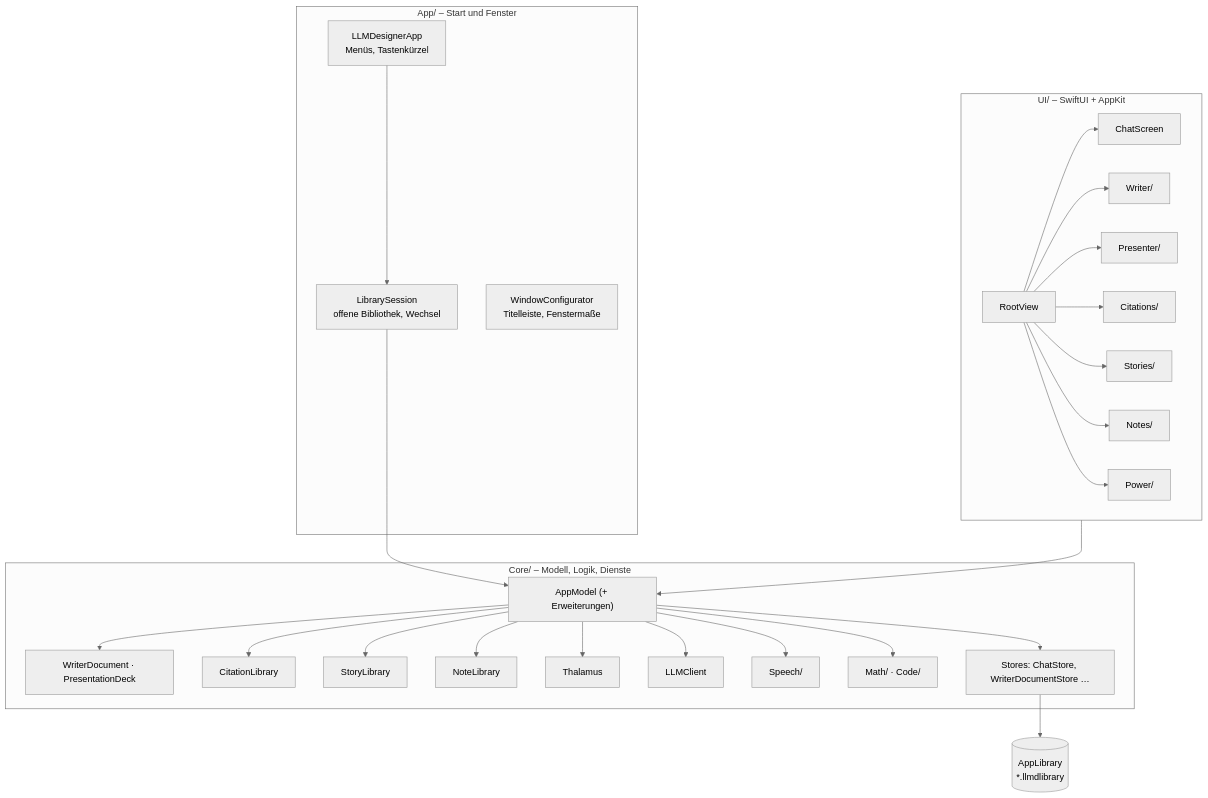
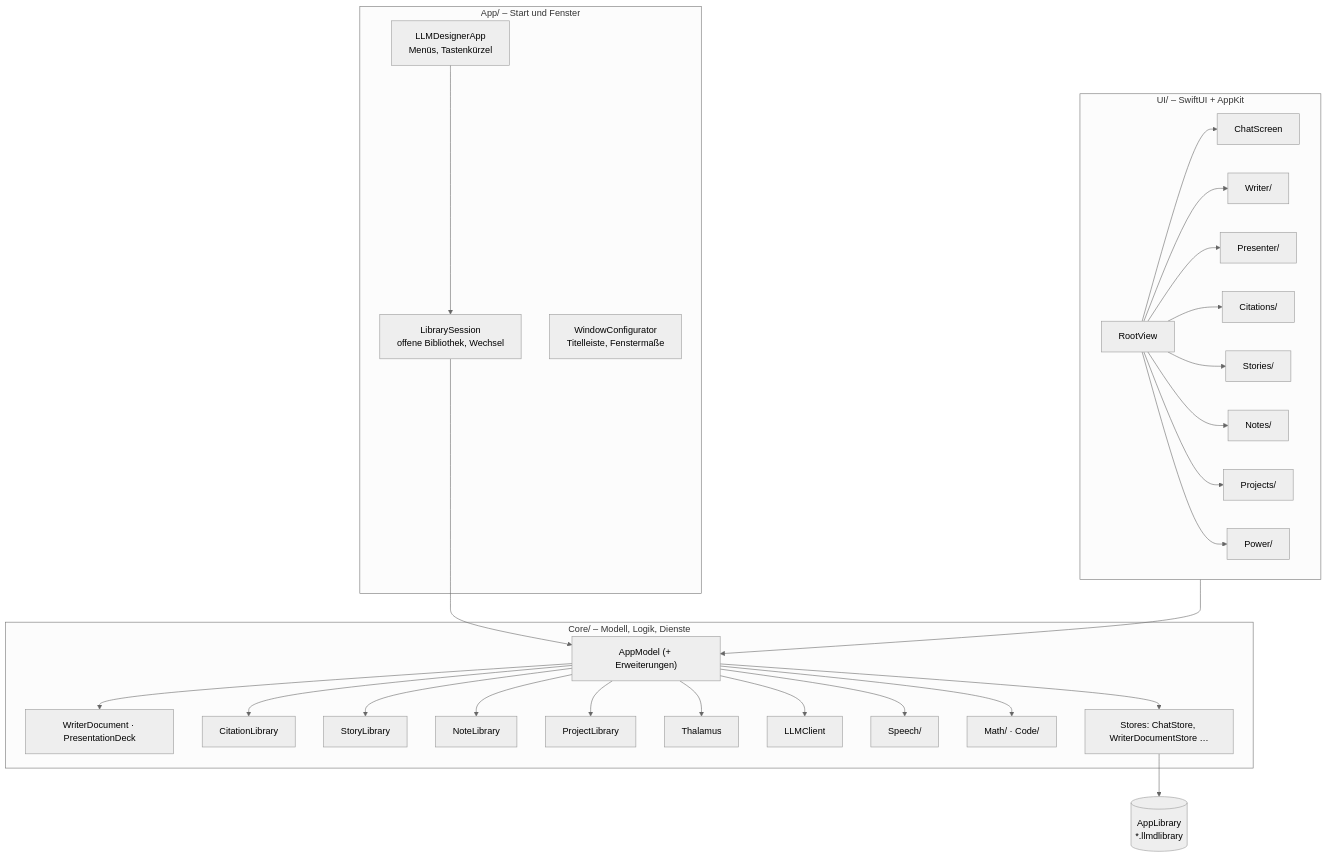
Before and after one commit to AlexEhrenberger/LLMDesigner: the first of 7 diagrams in docs/architektur.md, drawn with Mermaid (neutral theme). The commit also changed other lines of this file and 45 other files, not shown here.

````diff
--- a/docs/architektur.md
+++ b/docs/architektur.md
@@ -14,37 +14,39 @@
 ```mermaid
 flowchart TB
     subgraph App["App/ – Start und Fenster"]
         LA["LLMDesignerApp<br/>Menüs, Tastenkürzel"]
         LS["LibrarySession<br/>offene Bibliothek, Wechsel"]
         WC["WindowConfigurator<br/>Titelleiste, Fenstermaße"]
     end
     subgraph UI["UI/ – SwiftUI + AppKit"]
         RV["RootView"]
         CS["ChatScreen"]
         WS["Writer/"]
         PS["Presenter/"]
         CI["Citations/"]
         ST["Stories/"]
         NO["Notes/"]
+        PJ["Projects/"]
         PW["Power/"]
     end
     subgraph Core["Core/ – Modell, Logik, Dienste"]
         AM["AppModel (+ Erweiterungen)"]
         DOC["WriterDocument · PresentationDeck"]
         CL["CitationLibrary"]
         SL["StoryLibrary"]
         NL["NoteLibrary"]
+        PL["ProjectLibrary"]
         TH["Thalamus"]
         LLM["LLMClient"]
         SP["Speech/"]
         MA["Math/ · Code/"]
         STO["Stores: ChatStore, WriterDocumentStore …"]
     end
     LIB[("AppLibrary<br/>*.llmdlibrary")]
     LA --> LS --> AM
-    RV --> CS & WS & PS & CI & ST & NO & PW
+    RV --> CS & WS & PS & CI & ST & NO & PJ & PW
     UI --> AM
-    AM --> DOC & CL & SL & NL & TH & LLM & SP & MA
+    AM --> DOC & CL & SL & NL & PL & TH & LLM & SP & MA
     STO --> LIB
     AM --> STO
 ```
````
